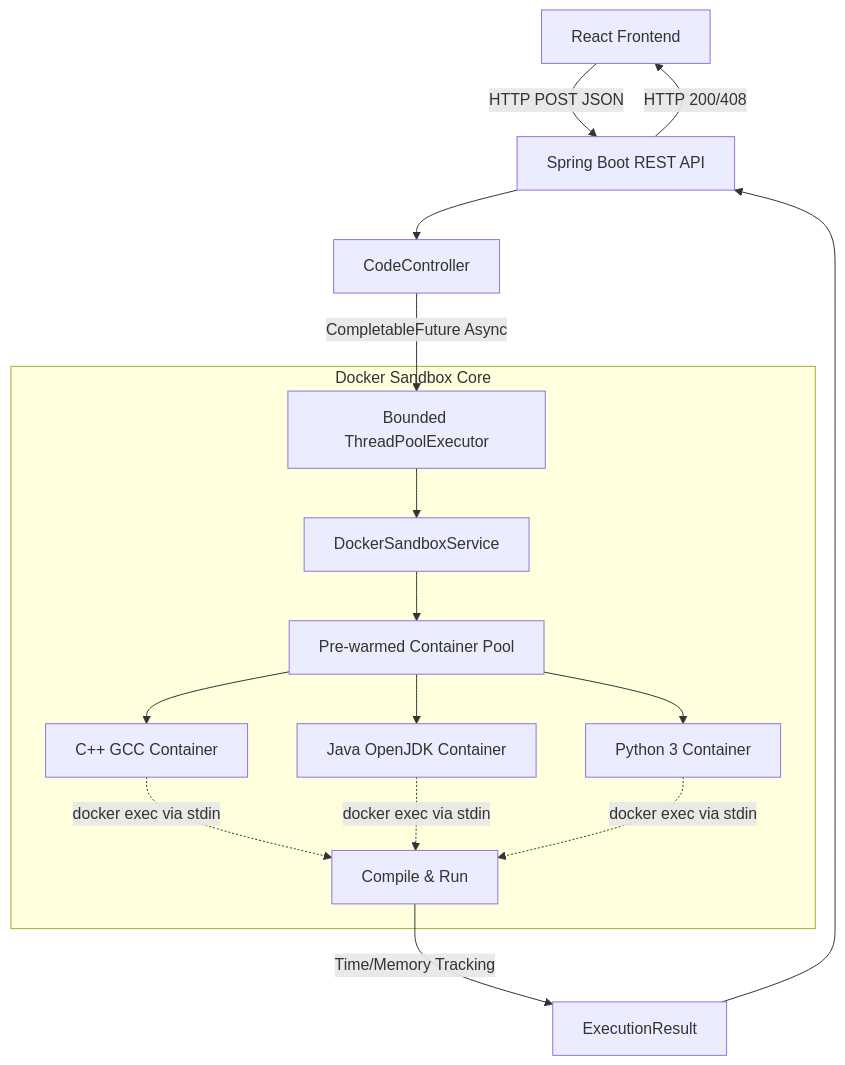
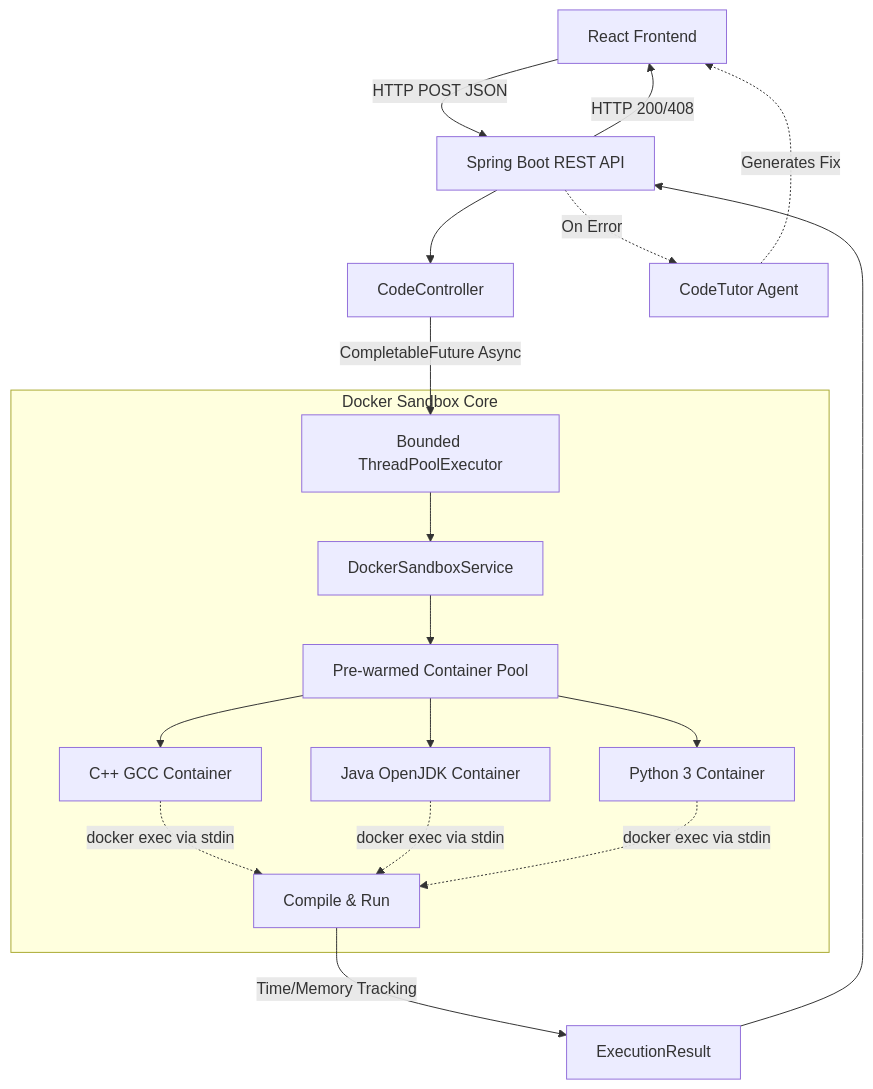
Before and after one commit to anshullakra007/ai-integration-in-code-engine: the diagram in README.md, drawn with Mermaid. The commit also changed other lines of this file, not shown here.

````diff
--- a/README.md
+++ b/README.md
@@ -24,23 +33,26 @@
 ```mermaid
 graph TD
     Client[React Frontend] -->|HTTP POST JSON| API[Spring Boot REST API]
     API --> Controller[CodeController]
     Controller -->|CompletableFuture Async| ThreadPool[Bounded ThreadPoolExecutor]
     
     subgraph "Docker Sandbox Core"
         ThreadPool --> Service[DockerSandboxService]
         Service --> Pool[Pre-warmed Container Pool]
         
         Pool --> Cpp[C++ GCC Container]
         Pool --> Java[Java OpenJDK Container]
         Pool --> Python[Python 3 Container]
         
         Cpp -.->|docker exec via stdin| CompileRun[Compile & Run]
         Java -.->|docker exec via stdin| CompileRun
         Python -.->|docker exec via stdin| CompileRun
     end
     
     CompileRun -->|Time/Memory Tracking| Result[ExecutionResult]
     Result --> API
     API -->|HTTP 200/408| Client
+    
+    API -.->|On Error| AIAgent[CodeTutor Agent]
+    AIAgent -.->|Generates Fix| Client
 ```
````
